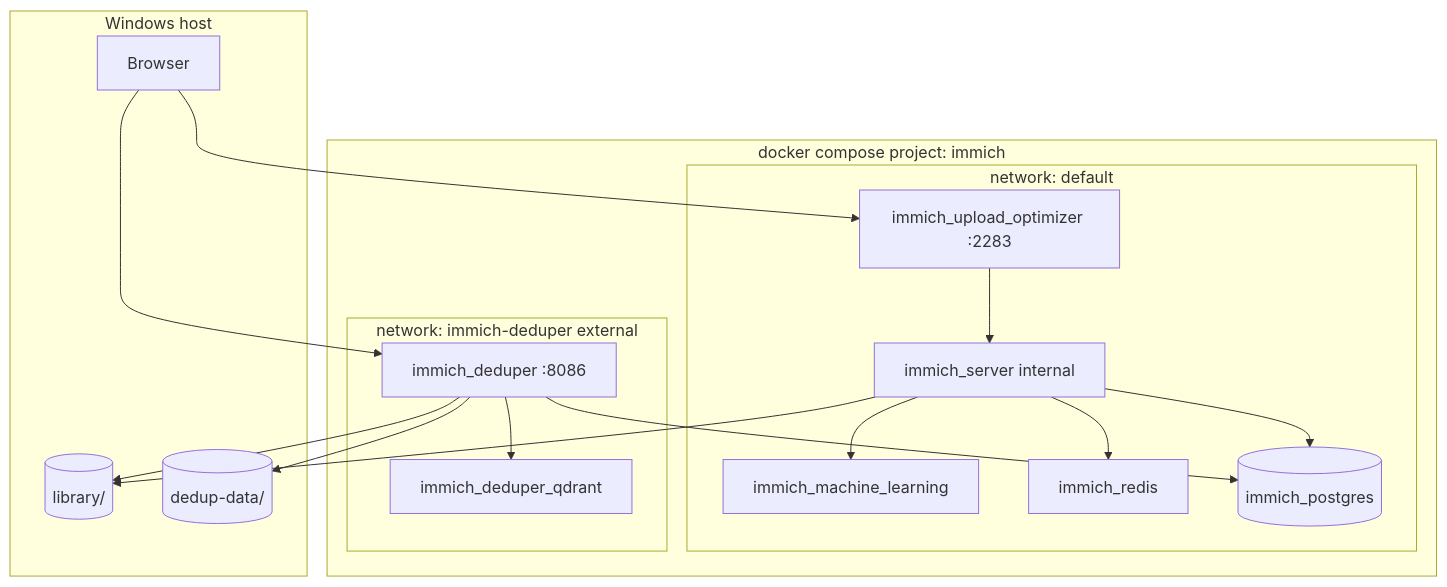
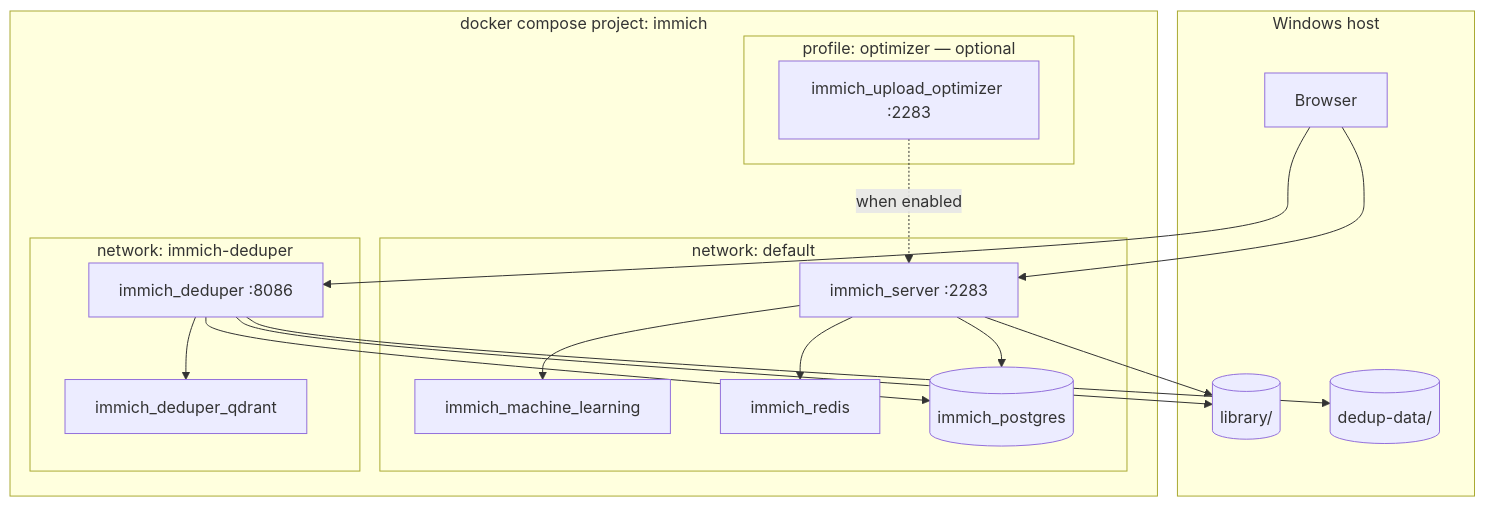
One commit to abdullahmiraz/immich-photo-manager changed the diagram in docs/ARCHITECTURE.md. Above: the diagram before and after it, drawn with Mermaid. The commit also changed other lines of this file and 19 other files, not shown here.

````diff
--- a/docs/ARCHITECTURE.md
+++ b/docs/ARCHITECTURE.md
@@ -5,35 +5,37 @@
 ```mermaid
 flowchart TB
   subgraph host [Windows host]
     Browser[Browser]
     Library[(library/)]
     DedupData[(dedup-data/)]
   end
 
   subgraph compose [docker compose project: immich]
     subgraph default_net [network: default]
-      Optimizer[immich_upload_optimizer :2283]
-      Server[immich_server internal]
+      Server[immich_server :2283]
       ML[immich_machine_learning]
       Redis[immich_redis]
       DB[(immich_postgres)]
     end
-    subgraph dedup_net [network: immich-deduper external]
+    subgraph dedup_net [network: immich-deduper]
       Deduper[immich_deduper :8086]
       Qdrant[immich_deduper_qdrant]
       DB
     end
+    subgraph optional [profile: optimizer — optional]
+      Optimizer[immich_upload_optimizer :2283]
+    end
   end
 
-  Browser --> Optimizer
+  Browser --> Server
   Browser --> Deduper
-  Optimizer --> Server
+  Optimizer -.->|when enabled| Server
   Server --> Redis
   Server --> ML
   Server --> DB
   Deduper --> Qdrant
   Deduper --> DB
   Server --> Library
   Deduper --> Library
   Deduper --> DedupData
 ```
````
